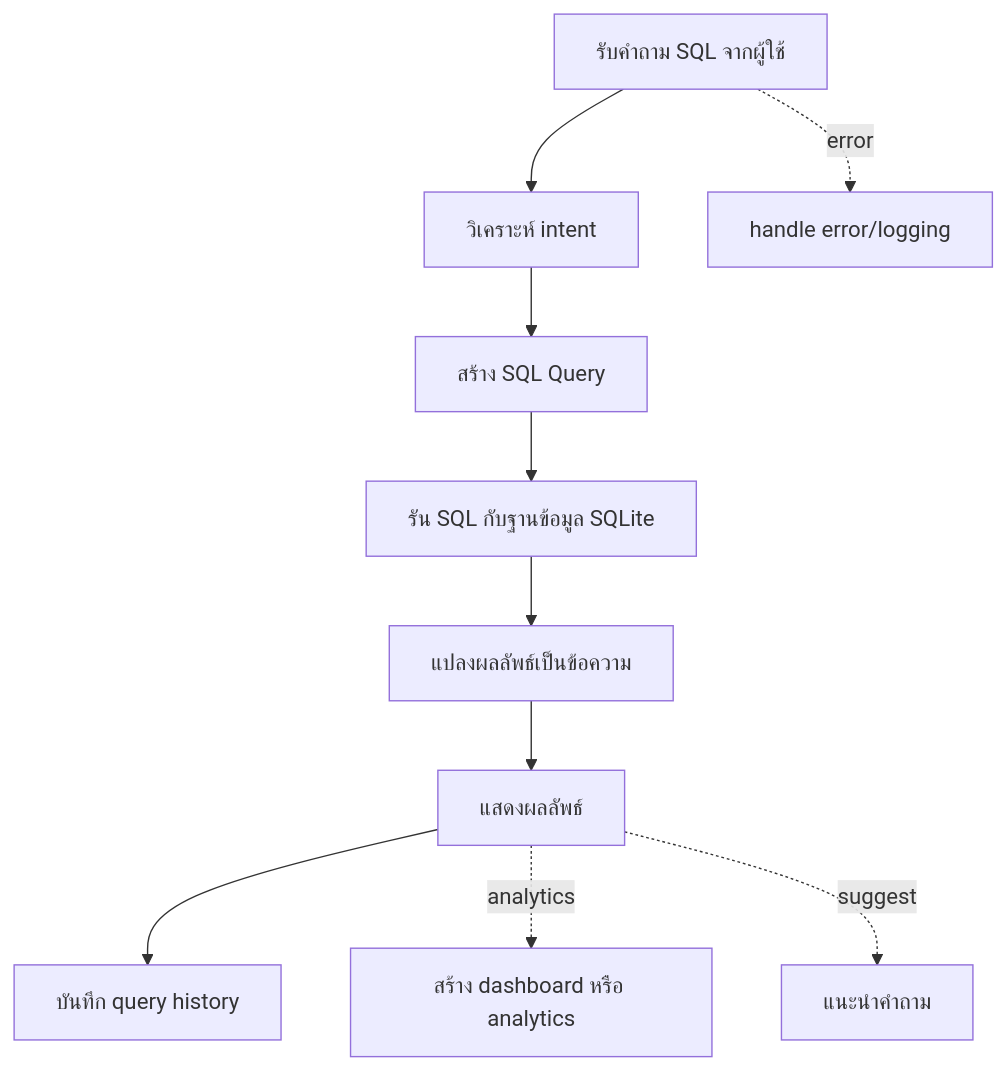
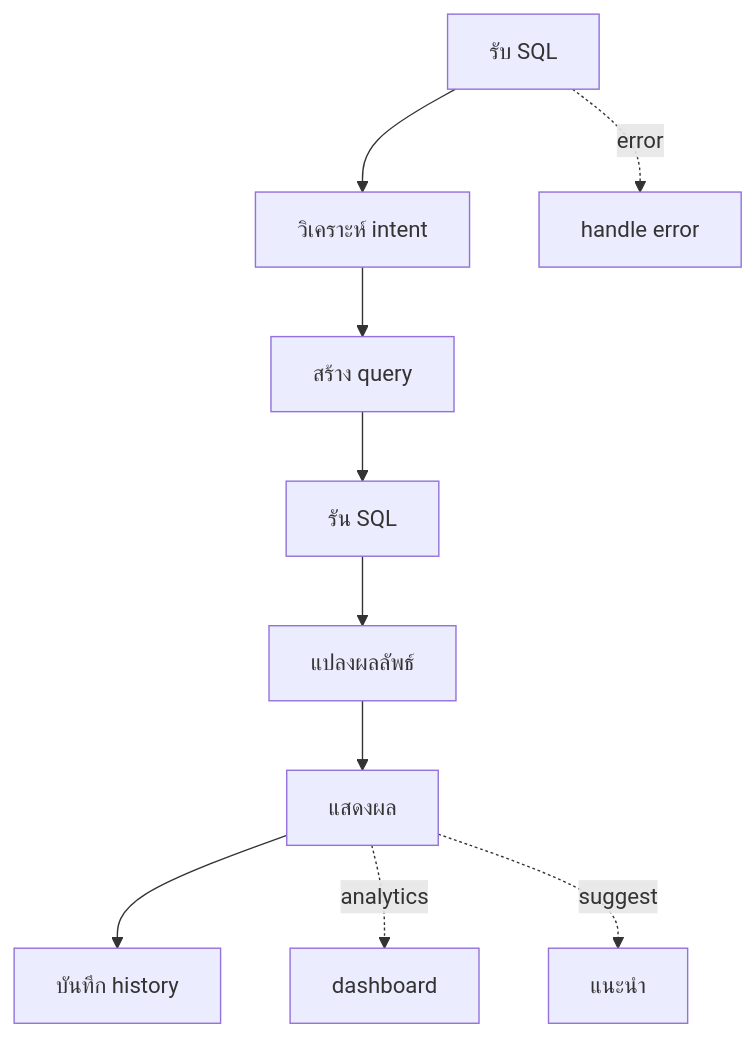
One commit to JonusNattapong/LangChainOllama changed the fourth of 16 diagrams in README.md. Above: the diagram before and after it, drawn with Mermaid. The commit also changed other lines of this file, not shown here.

Commit message:
refactor: Simplify and clarify flow diagrams in README for better readability

````diff
--- a/README.md
+++ b/README.md
@@ -336,12 +336,12 @@
 ```mermaid
 graph TD
-    A[รับคำถาม SQL จากผู้ใช้] --> B[วิเคราะห์ intent]
-    B --> C[สร้าง SQL Query]
-    C --> D[รัน SQL กับฐานข้อมูล SQLite]
-    D --> E[แปลงผลลัพธ์เป็นข้อความ]
-    E --> F[แสดงผลลัพธ์]
-    F --> G[บันทึก query history]
-    F -. analytics .-> H[สร้าง dashboard หรือ analytics]
-    F -. suggest .-> I[แนะนำคำถาม]
-    A -. error .-> J[handle error/logging]
+    A[รับ SQL] --> B[วิเคราะห์ intent]
+    B --> C[สร้าง query]
+    C --> D[รัน SQL]
+    D --> E[แปลงผลลัพธ์]
+    E --> F[แสดงผล]
+    F --> G[บันทึก history]
+    F -. analytics .-> H[dashboard]
+    F -. suggest .-> I[แนะนำ]
+    A -. error .-> J[handle error]
 ```
````
